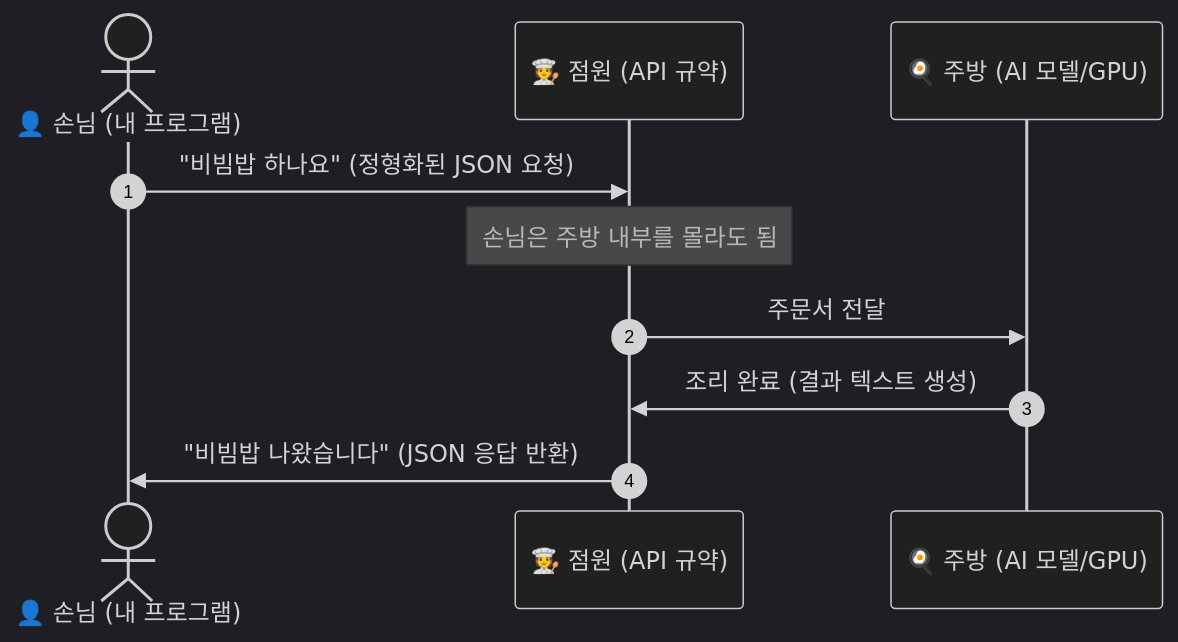
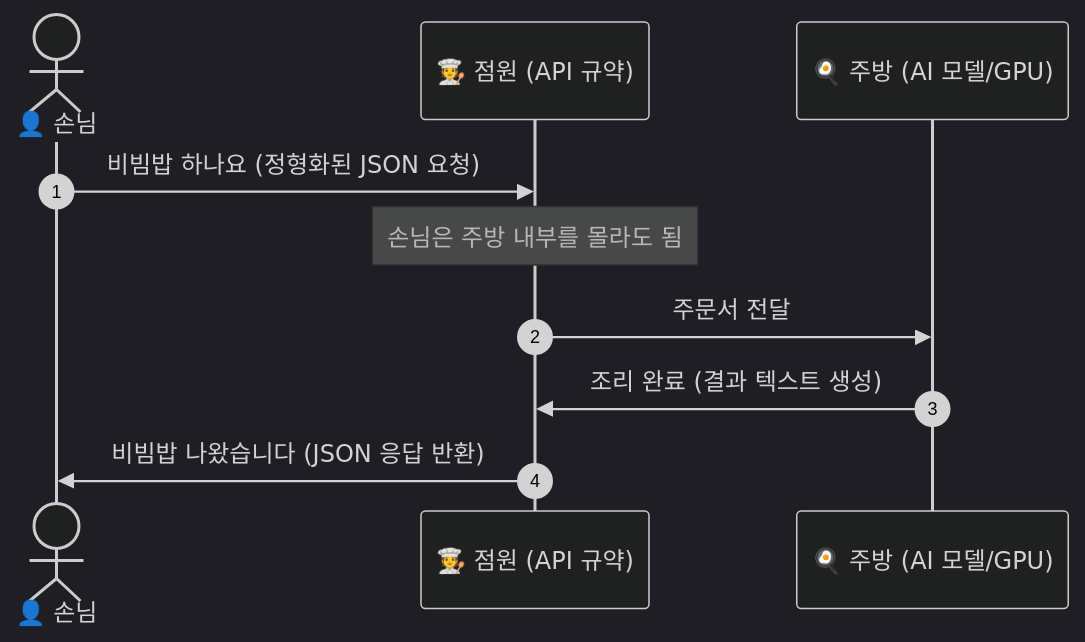
One commit to anyoungjoo/2026.WeLearning changed the seventh of 10 diagrams in 1.교육자료/기본_AI 이해/2. AI의_이해.md. Above: the diagram before and after it, drawn with Mermaid (dark theme). The commit also changed other lines of this file and 11 other files, not shown here.

First line of the commit message:
fix(materials, viewer): sanitize mermaid syntax and enhance markdown rendering robustness

````diff
--- a/1.교육자료/기본_AI 이해/2. AI의_이해.md
+++ b/1.교육자료/기본_AI 이해/2. AI의_이해.md
@@ -954,13 +952,13 @@
 ```mermaid
 sequenceDiagram
     autonumber
-    actor Customer as 👤 손님 (내 프로그램)
+    actor Customer as 👤 손님
     participant Waiter as 🧑‍🍳 점원 (API 규약)
     participant Kitchen as 🍳 주방 (AI 모델/GPU)
 
-    Customer->>Waiter: "비빔밥 하나요" (정형화된 JSON 요청)
+    Customer->>Waiter: 비빔밥 하나요 (정형화된 JSON 요청)
     Note over Waiter: 손님은 주방 내부를 몰라도 됨
     Waiter->>Kitchen: 주문서 전달
     Kitchen->>Waiter: 조리 완료 (결과 텍스트 생성)
-    Waiter->>Customer: "비빔밥 나왔습니다" (JSON 응답 반환)
+    Waiter->>Customer: 비빔밥 나왔습니다 (JSON 응답 반환)
 ```
````
